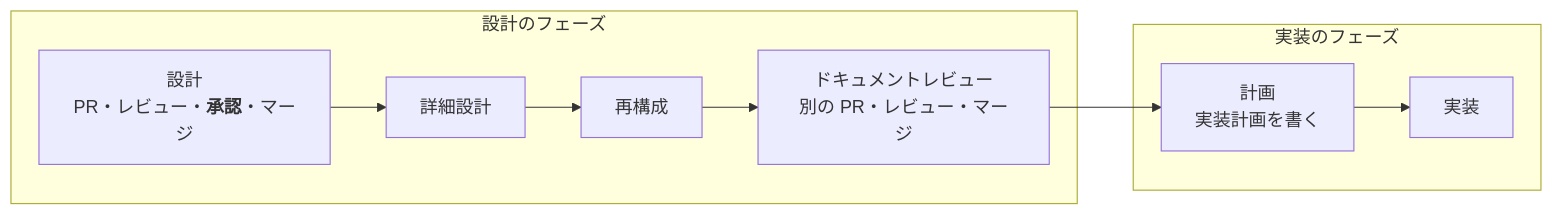
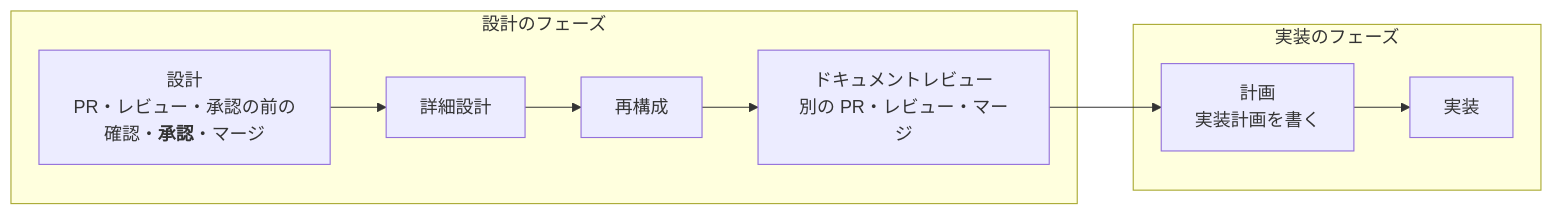
One commit to devbasex/ai-plugins changed the first of 4 diagrams in issues/issue-3702-design.md. Above: the diagram before and after it, drawn with Mermaid. The commit also changed other lines of this file and 3 other files, not shown here.

````diff
--- a/issues/issue-3702-design.md
+++ b/issues/issue-3702-design.md
@@ -10,10 +10,10 @@
 ```mermaid
 flowchart LR
   subgraph D["設計のフェーズ"]
-    S["設計<br/>PR・レビュー・<b>承認</b>・マージ"] --> DD[詳細設計] --> RB[再構成] --> DR["ドキュメントレビュー<br/>別の PR・レビュー・マージ"]
+    S["設計<br/>PR・レビュー・承認の前の確認・<b>承認</b>・マージ"] --> DD[詳細設計] --> RB[再構成] --> DR["ドキュメントレビュー<br/>別の PR・レビュー・マージ"]
   end
   subgraph I["実装のフェーズ"]
     P["計画<br/>実装計画を書く"] --> IM["実装"]
   end
   DR --> P
 ```
````
